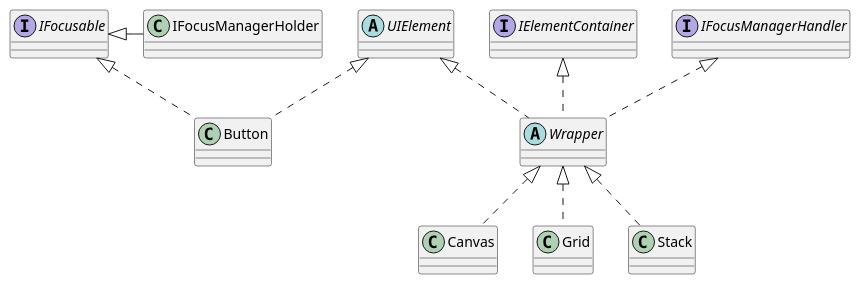
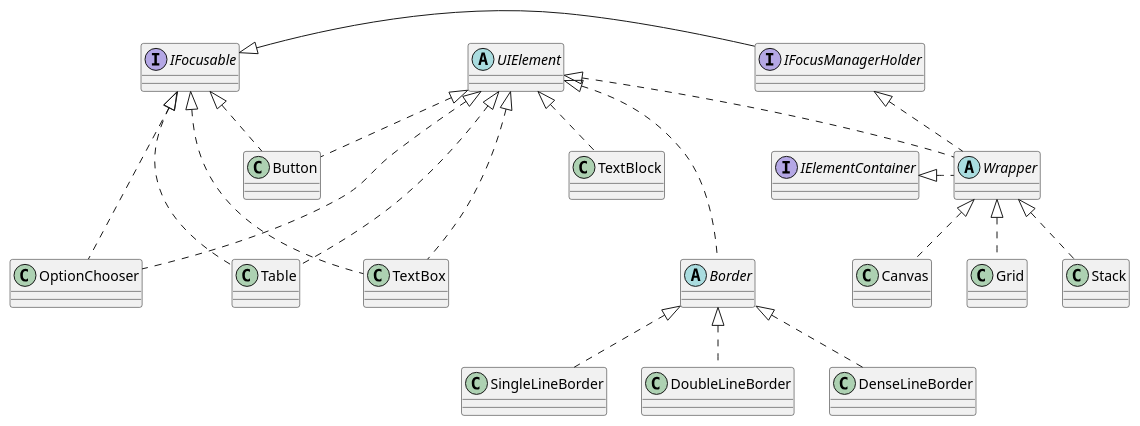
Before and after one commit to sunnyyssh/ConsoleUI: the diagram in Sunnyyssh.ConsoleUI/Scheme/Class architecture/UIElementsDiagram.puml, drawn with PlantUML. The commit also changed 15 other files, not shown here.

```diff
--- a/Sunnyyssh.ConsoleUI/Scheme/Class architecture/UIElementsDiagram.puml
+++ b/Sunnyyssh.ConsoleUI/Scheme/Class architecture/UIElementsDiagram.puml
@@ -1,24 +1,51 @@
 @startuml
 
 abstract UIElement
 interface IElementContainer
 interface IFocusable
-interface IFocusManagerHandler
+interface IFocusManagerHolder
+abstract Wrapper
+class Button
+class Canvas
+class Grid
+class Stack
+class TextBlock
+class TextBox
+class Table
+class OptionChooser
+abstract Border
+class SingleLineBorder
+class DoubleLineBorder
+class DenseLineBorder
+
 IFocusable <|- IFocusManagerHolder
 
-abstract Wrapper 
-
 UIElement <|.. Wrapper 
-IFocusManagerHandler <|.. Wrapper
-IElementContainer <|.. Wrapper
+IFocusManagerHolder <|. Wrapper
+IElementContainer <|. Wrapper
 
 Wrapper <|.. Canvas
 Wrapper <|.. Grid
 Wrapper <|.. Stack
 
 UIElement <|.. Button
 IFocusable <|.. Button
 
+UIElement <|.. TextBlock 
+UIElement <|.. TextBox
+IFocusable <|... TextBox
+
+UIElement <|... Table
+IFocusable <|... Table
+
+UIElement <|... OptionChooser
+IFocusable <|... OptionChooser
+
+UIElement <|... Border
+Border <|.. SingleLineBorder
+Border <|.. DoubleLineBorder
+Border <|.. DenseLineBorder
+
 
 
 @enduml
```
